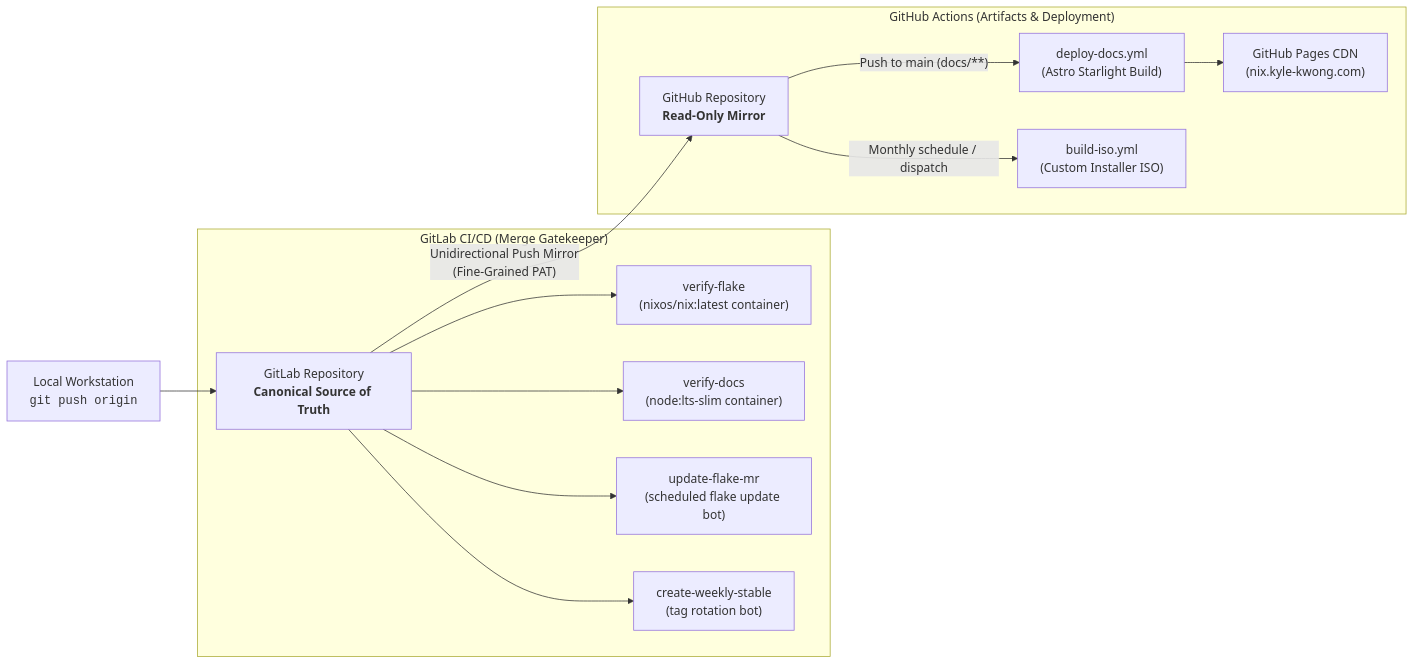
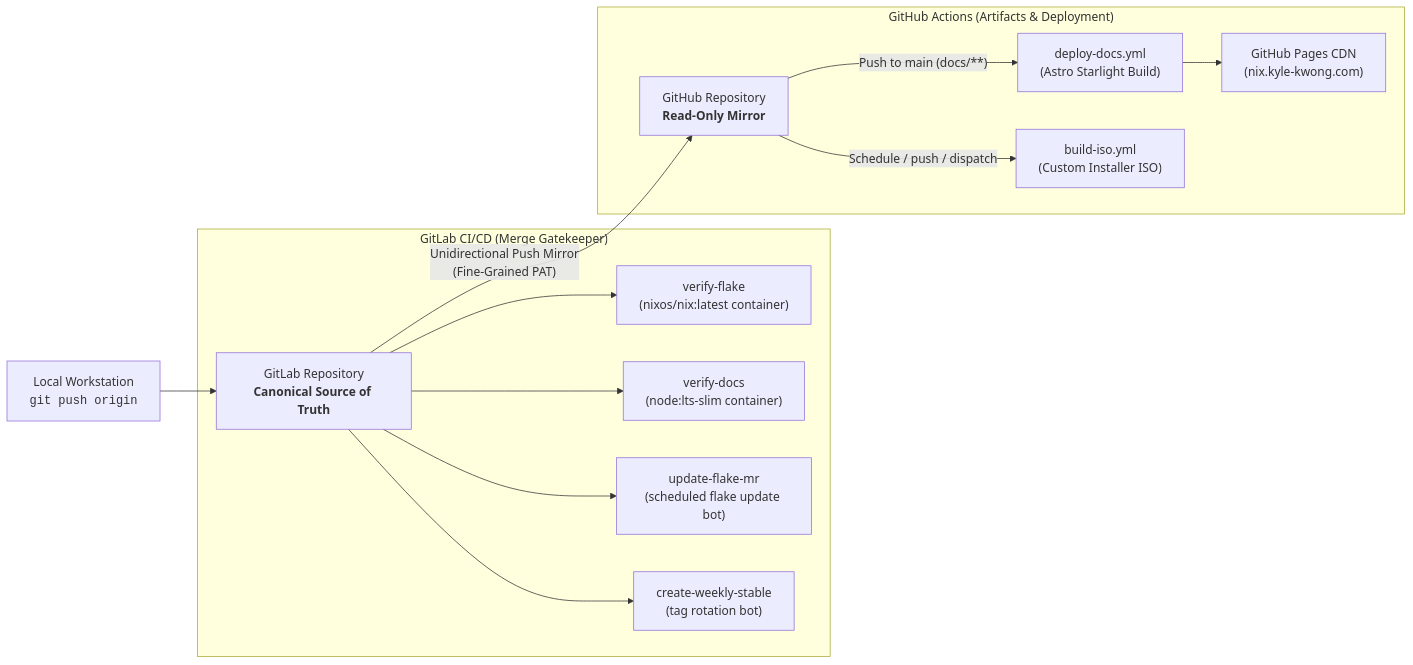
One commit to SYKwong/nix-config changed the first of 2 diagrams in docs/src/content/docs/split-ci.md. Above: the diagram before and after it, drawn with Mermaid. The commit also changed other lines of this file and 24 other files, not shown here.

````diff
--- a/docs/src/content/docs/split-ci.md
+++ b/docs/src/content/docs/split-ci.md
@@ -18,19 +18,19 @@
 ```mermaid
 flowchart LR
     dev["Local Workstation<br/><code>git push origin</code>"] --> gitlab["GitLab Repository<br/><b>Canonical Source of Truth</b>"]
 
     subgraph gitlab_ci ["GitLab CI/CD (Merge Gatekeeper)"]
         gitlab --> test["verify-flake<br/>(nixos/nix:latest container)"]
         gitlab --> docs_check["verify-docs<br/>(node:lts-slim container)"]
         gitlab --> lock_bot["update-flake-mr<br/>(scheduled flake update bot)"]
         gitlab --> stable_tag["create-weekly-stable<br/>(tag rotation bot)"]
     end
 
     gitlab -- "Unidirectional Push Mirror<br/>(Fine-Grained PAT)" --> github["GitHub Repository<br/><b>Read-Only Mirror</b>"]
 
     subgraph github_actions ["GitHub Actions (Artifacts & Deployment)"]
         github -- "Push to main (docs/**)" --> deploy["deploy-docs.yml<br/>(Astro Starlight Build)"]
         deploy --> pages["GitHub Pages CDN<br/>(nix.kyle-kwong.com)"]
-        github -- "Monthly schedule / dispatch" --> build_iso["build-iso.yml<br/>(Custom Installer ISO)"]
+        github -- "Schedule / push / dispatch" --> build_iso["build-iso.yml<br/>(Custom Installer ISO)"]
     end
 ```
````
